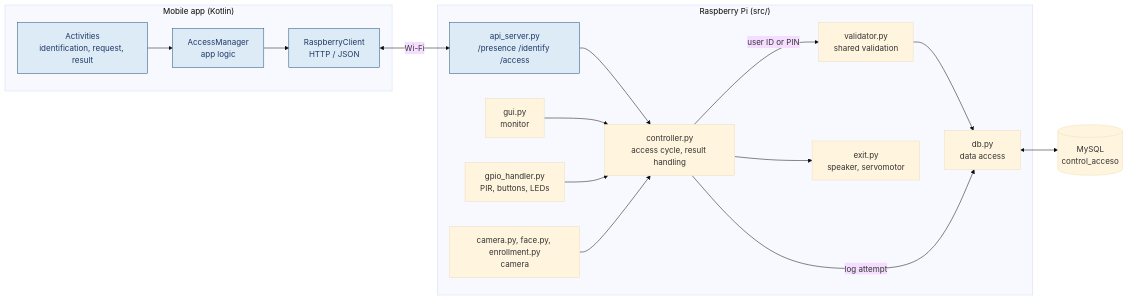
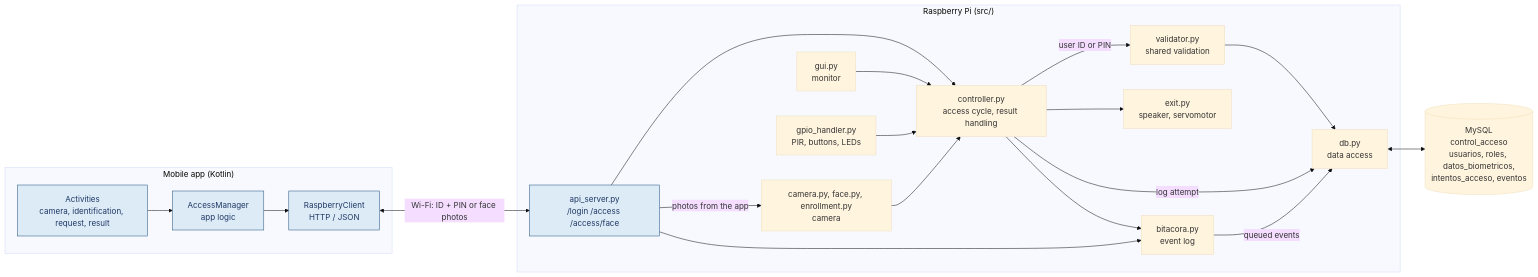
Before and after one commit to MrGodie/ControlAccesoRPI: the diagram in docs/system_architecture.md, drawn with Mermaid (base theme). The commit also changed 12 other files, not shown here.

````diff
--- a/docs/system_architecture.md
+++ b/docs/system_architecture.md
@@ -1,36 +1,41 @@
 ```mermaid
 flowchart LR
     subgraph MOB["Mobile app (Kotlin)"]
-        UI["Activities<br/>identification, request, result"]
+        UI["Activities<br/>camera, identification, request, result"]
         MGR["AccessManager<br/>app logic"]
         CLI["RaspberryClient<br/>HTTP / JSON"]
     end
 
     subgraph RPI["Raspberry Pi (src/)"]
-        API["api_server.py<br/>/presence /identify /access"]
+        API["api_server.py<br/>/login /access /access/face"]
         GUI["gui.py<br/>monitor"]
         GPIO["gpio_handler.py<br/>PIR, buttons, LEDs"]
         FACE["camera.py, face.py, enrollment.py<br/>camera"]
         CTRL["controller.py<br/>access cycle, result handling"]
         VAL["validator.py<br/>shared validation"]
         OUT["exit.py<br/>speaker, servomotor"]
+        BIT["bitacora.py<br/>event log"]
         DB["db.py<br/>data access"]
     end
 
-    MYSQL[("MySQL<br/>control_acceso")]
+    MYSQL[("MySQL<br/>control_acceso<br/>usuarios, roles, datos_biometricos,<br/>intentos_acceso, eventos")]
 
     UI --> MGR --> CLI
-    CLI <-->|"Wi-Fi"| API
+    CLI <-->|"Wi-Fi: ID + PIN or face photos"| API
     API --> CTRL
+    API -->|"photos from the app"| FACE
     GUI --> CTRL
     GPIO --> CTRL
     FACE --> CTRL
     CTRL -->|"user ID or PIN"| VAL
     CTRL --> OUT
     VAL --> DB
     CTRL -->|"log attempt"| DB
+    CTRL --> BIT
+    API --> BIT
+    BIT -->|"queued events"| DB
     DB <--> MYSQL
 
     classDef new fill:#DDEBF7,stroke:#1F4E79,color:#1F3864;
     class UI,MGR,CLI,API new;
 ```
````
